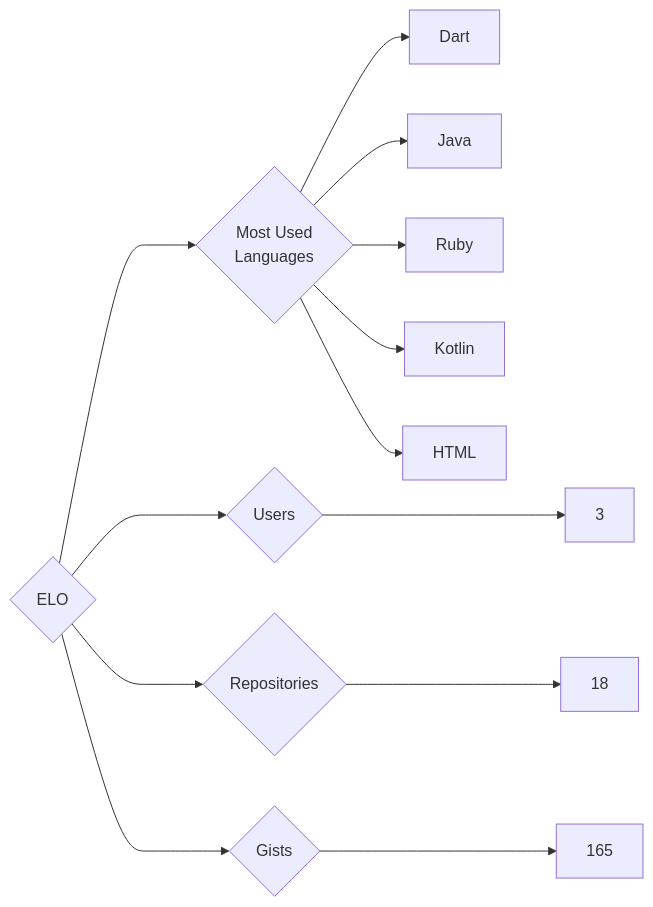
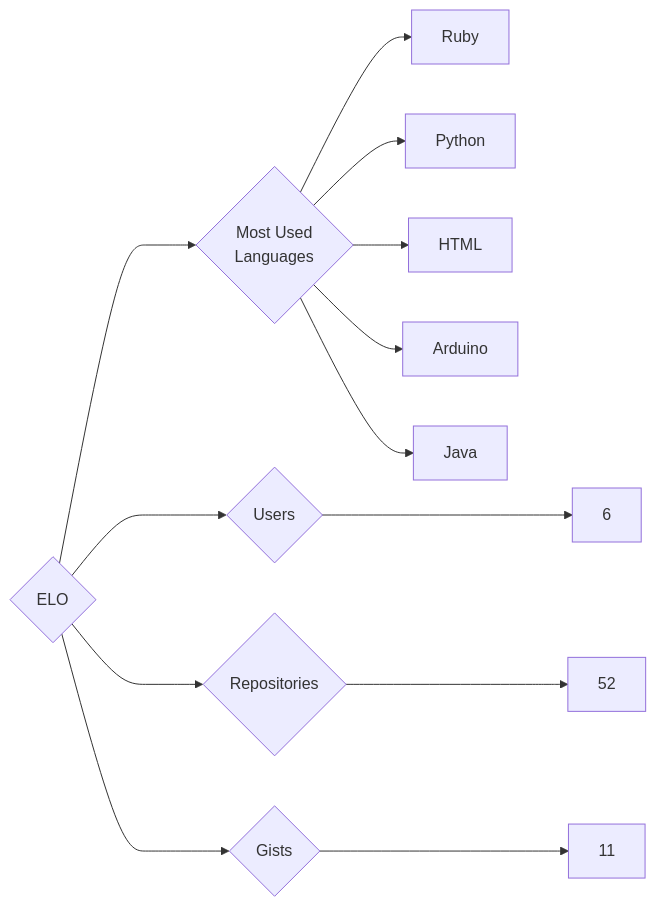
The diagram in targets/ELO/README.md (trickest/insiders), drawn with Mermaid before and after one commit. The commit also changed 1030 other files, not shown here.

````diff
--- a/targets/ELO/README.md
+++ b/targets/ELO/README.md
@@ -3,13 +3,13 @@
 ```mermaid
 graph LR
 COMPANY_NAME{ELO}
-COMPANY_NAME ---> U{Users} ---> UN[3]
-COMPANY_NAME ---> R{Repositories} ---> RN[18]
-COMPANY_NAME ---> G{Gists} ---> GN[165]
+COMPANY_NAME ---> U{Users} ---> UN[6]
+COMPANY_NAME ---> R{Repositories} ---> RN[52]
+COMPANY_NAME ---> G{Gists} ---> GN[11]
 COMPANY_NAME ---> ML{Most Used<br>Languages}
-ML --> Dart[Dart]
+ML --> Ruby[Ruby]
+ML --> Python[Python]
+ML --> HTML[HTML]
+ML --> Arduino[Arduino]
 ML --> Java[Java]
-ML --> Ruby[Ruby]
-ML --> Kotlin[Kotlin]
-ML --> HTML[HTML]
 ```
````
